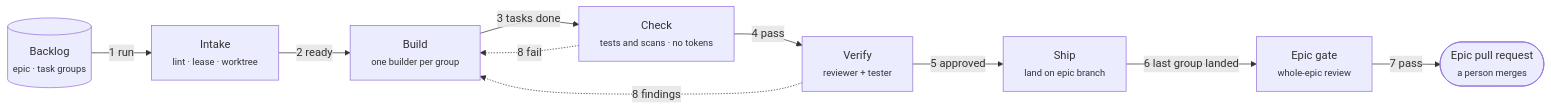
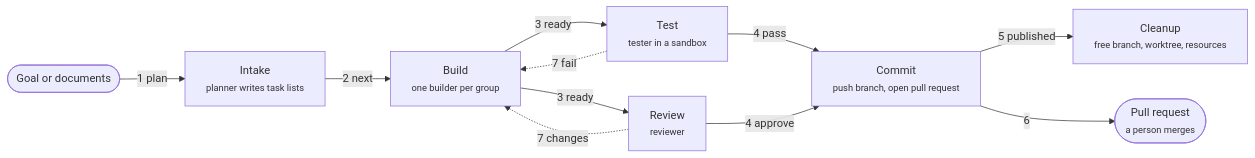
Before and after one commit to rdevitto86/komodo-agentic-harness-coding: the first of 5 diagrams in docs/hld.md, drawn with Mermaid. The commit also changed other lines of this file and 1 other file, not shown here.

````diff
--- a/docs/hld.md
+++ b/docs/hld.md
@@ -14,20 +14,21 @@
 ```mermaid
 flowchart LR
-  BL[("Backlog<br><small>epic · task groups</small>")]:::store
-  I["Intake<br><small>lint · lease · worktree</small>"]
+  G(["Goal or documents"]):::actor
+  I["Intake<br><small>planner writes task lists</small>"]
   B["Build<br><small>one builder per group</small>"]:::core
-  C["Check<br><small>tests and scans · no tokens</small>"]
-  V["Verify<br><small>reviewer + tester</small>"]:::core
-  SH["Ship<br><small>land on epic branch</small>"]
-  EG["Epic gate<br><small>whole-epic review</small>"]:::core
-  PR(["Epic pull request<br><small>a person merges</small>"]):::ok
-  BL -->|"1 run"| I
-  I -->|"2 ready"| B
-  B -->|"3 tasks done"| C
-  C -->|"4 pass"| V
-  V -->|"5 approved"| SH
-  SH -->|"6 last group landed"| EG
-  EG -->|"7 pass"| PR
-  C -.->|"8 fail"| B
-  V -.->|"8 findings"| B
+  T["Test<br><small>tester in a sandbox</small>"]:::core
+  R["Review<br><small>reviewer</small>"]:::core
+  C["Commit<br><small>push branch, open pull request</small>"]
+  CL["Cleanup<br><small>free branch, worktree, resources</small>"]
+  PR(["Pull request<br><small>a person merges</small>"]):::ok
+  G -->|"1 plan"| I
+  I -->|"2 next"| B
+  B -->|"3 ready"| T
+  B -->|"3 ready"| R
+  T -->|"4 pass"| C
+  R -->|"4 approve"| C
+  C -->|"5 published"| CL
+  C -->|"6"| PR
+  T -.->|"7 fail"| B
+  R -.->|"7 changes"| B
 ```
````
